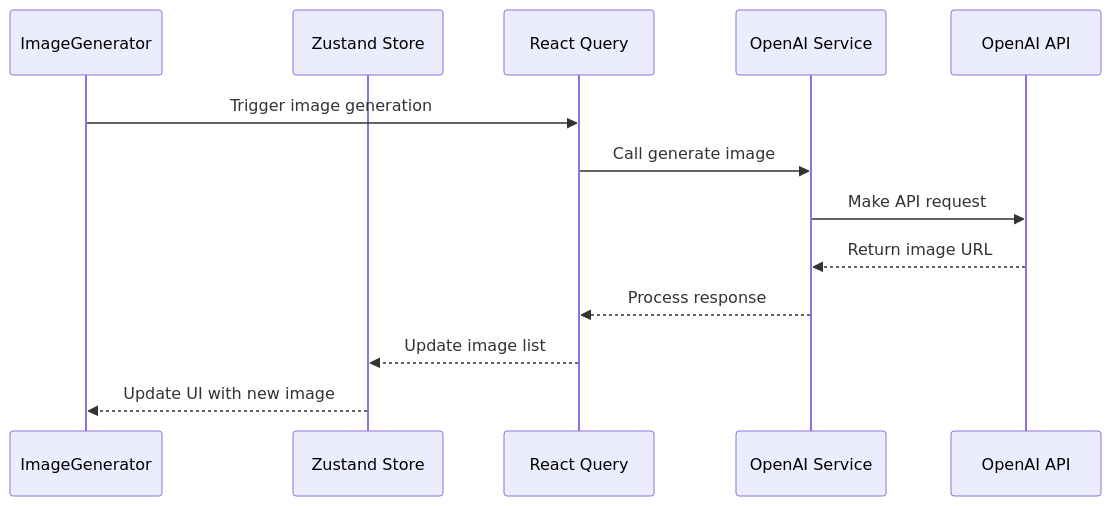
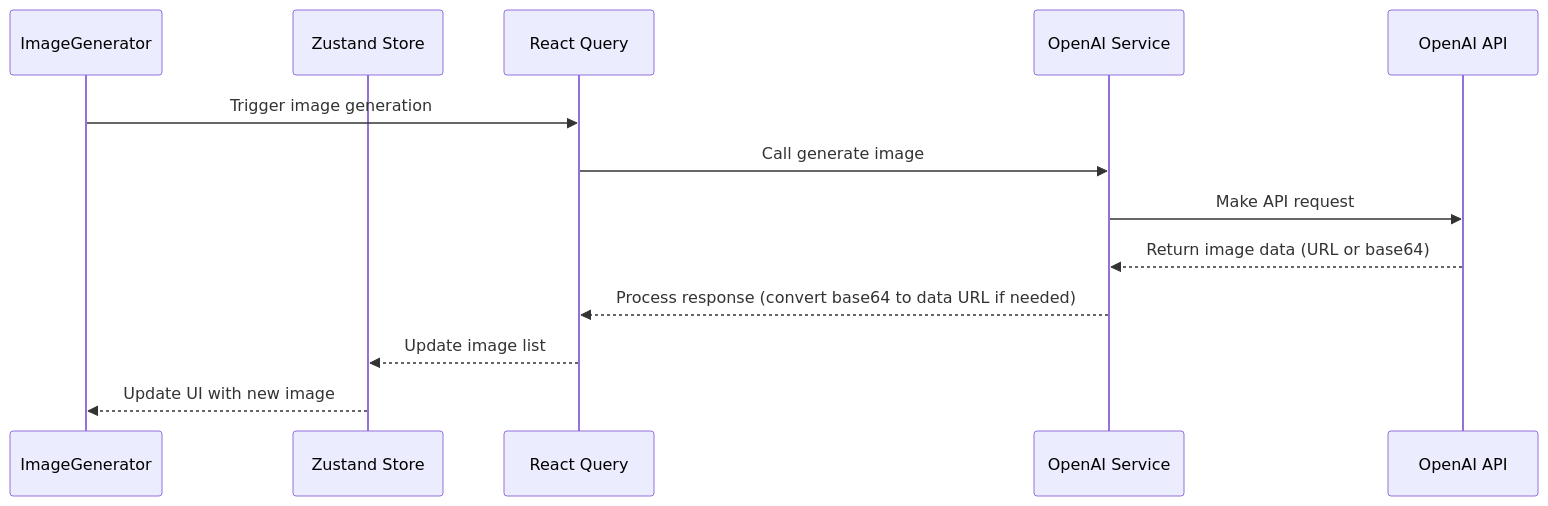
Before and after one commit to dipseth/react-image-generator: the second of 2 diagrams in image-generator-architecture.md, drawn with Mermaid. The commit also changed other lines of this file and 4 other files, not shown here.

````diff
--- a/image-generator-architecture.md
+++ b/image-generator-architecture.md
@@ -309,16 +309,16 @@
 ```mermaid
 sequenceDiagram
     participant UI as ImageGenerator
     participant Store as Zustand Store
     participant Query as React Query
     participant Service as OpenAI Service
     participant API as OpenAI API
 
     UI->>Query: Trigger image generation
     Query->>Service: Call generate image
     Service->>API: Make API request
-    API-->>Service: Return image URL
-    Service-->>Query: Process response
+    API-->>Service: Return image data (URL or base64)
+    Service-->>Query: Process response (convert base64 to data URL if needed)
     Query-->>Store: Update image list
     Store-->>UI: Update UI with new image
 ```
````
